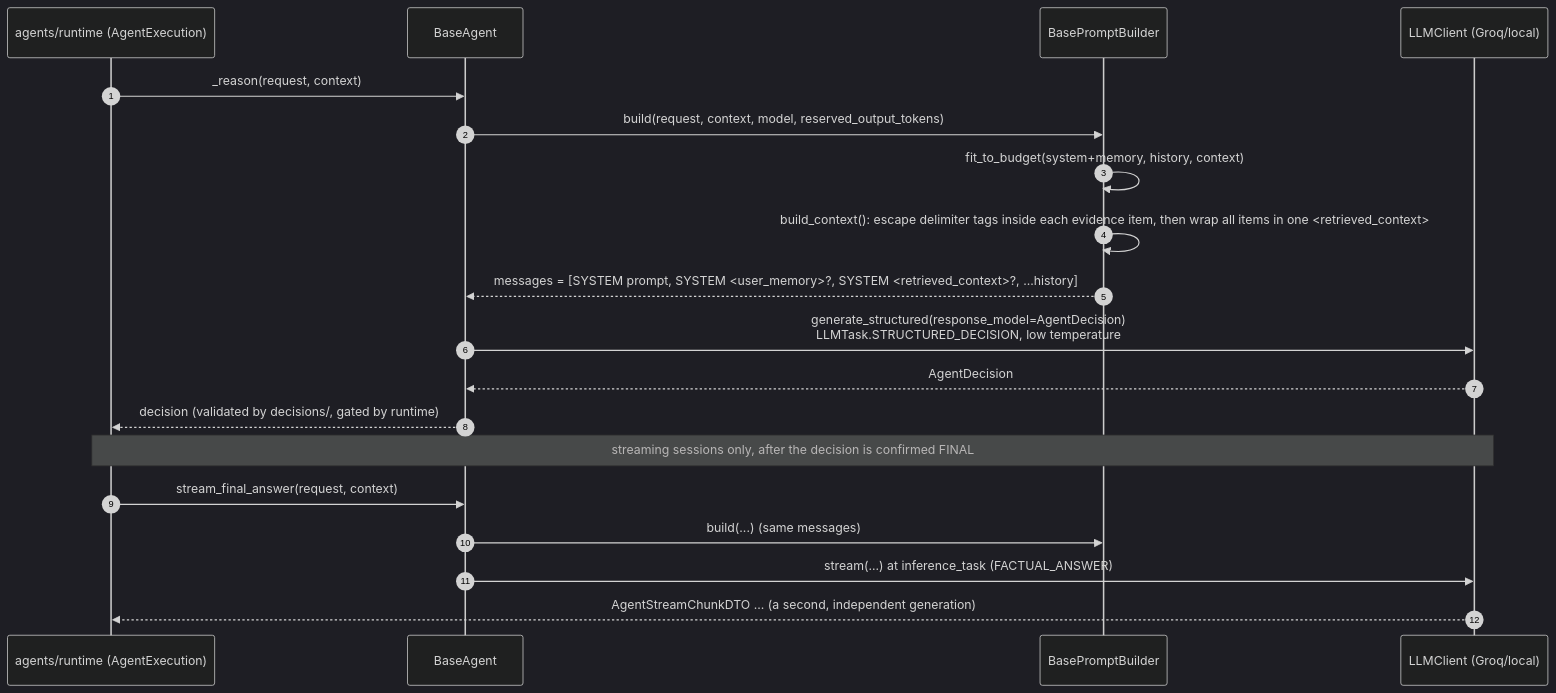
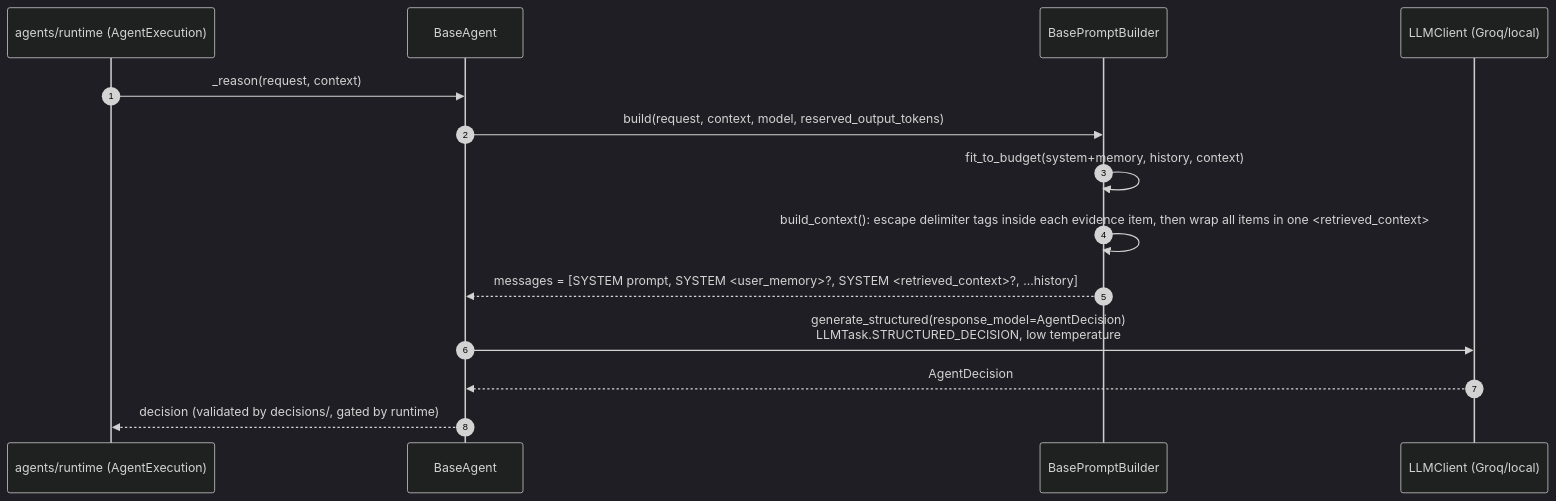
The diagram in server/src/agentic/agents/README.md (bharatkse/juris-ai), drawn with Mermaid (dark theme) before and after one commit. The commit also changed other lines of this file and 32 other files, not shown here.

Commit message:
fix(agentic): enforce final-answer integrity in chat responses (#69)

````diff
--- a/server/src/agentic/agents/README.md
+++ b/server/src/agentic/agents/README.md
@@ -28,23 +30,17 @@
 ```mermaid
 sequenceDiagram
     autonumber
     participant RT as agents/runtime (AgentExecution)
     participant A as BaseAgent
     participant PB as BasePromptBuilder
     participant LLM as LLMClient (Groq/local)
 
     RT->>A: _reason(request, context)
     A->>PB: build(request, context, model, reserved_output_tokens)
     PB->>PB: fit_to_budget(system+memory, history, context)
     PB->>PB: build_context(): escape delimiter tags inside each evidence item, then wrap all items in one <retrieved_context>
     PB-->>A: messages = [SYSTEM prompt, SYSTEM <user_memory>?, SYSTEM <retrieved_context>?, ...history]
     A->>LLM: generate_structured(response_model=AgentDecision)<br/>LLMTask.STRUCTURED_DECISION, low temperature
     LLM-->>A: AgentDecision
     A-->>RT: decision (validated by decisions/, gated by runtime)
-
-    Note over RT,LLM: streaming sessions only, after the decision is confirmed FINAL
-    RT->>A: stream_final_answer(request, context)
-    A->>PB: build(...) (same messages)
-    A->>LLM: stream(...) at inference_task (FACTUAL_ANSWER)
-    LLM-->>RT: AgentStreamChunkDTO ... (a second, independent generation)
 ```
````
